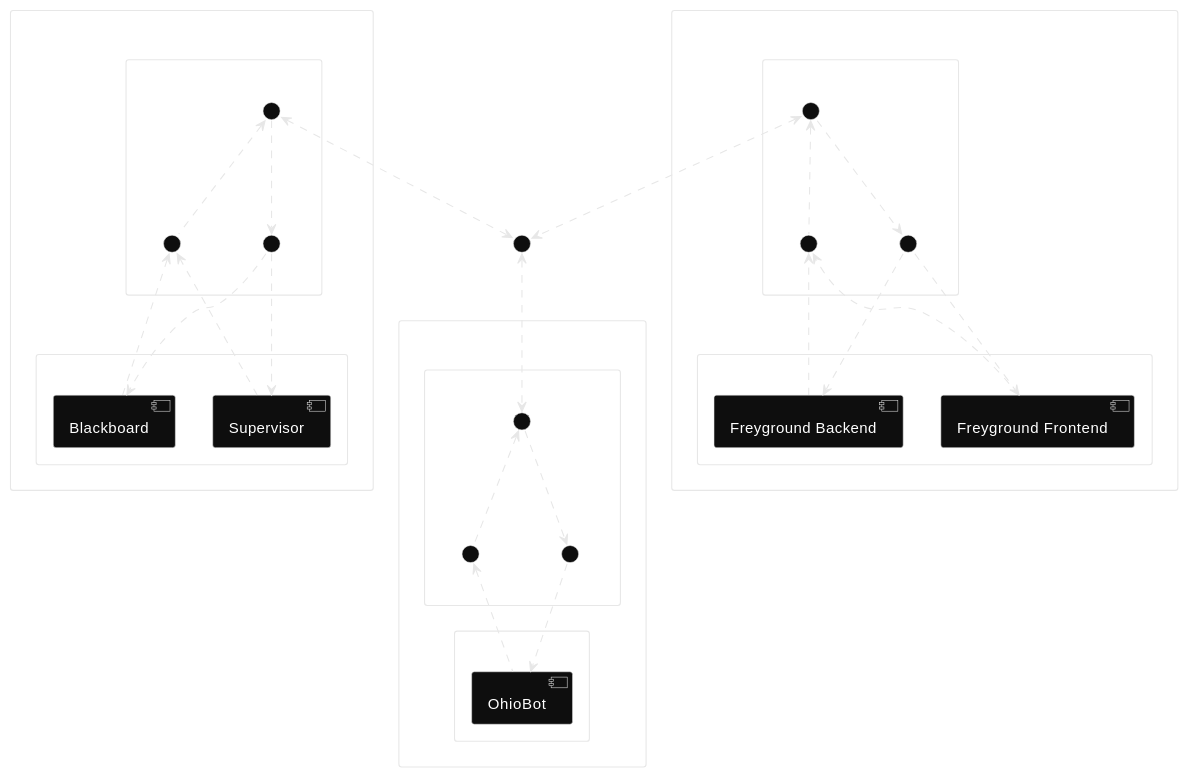
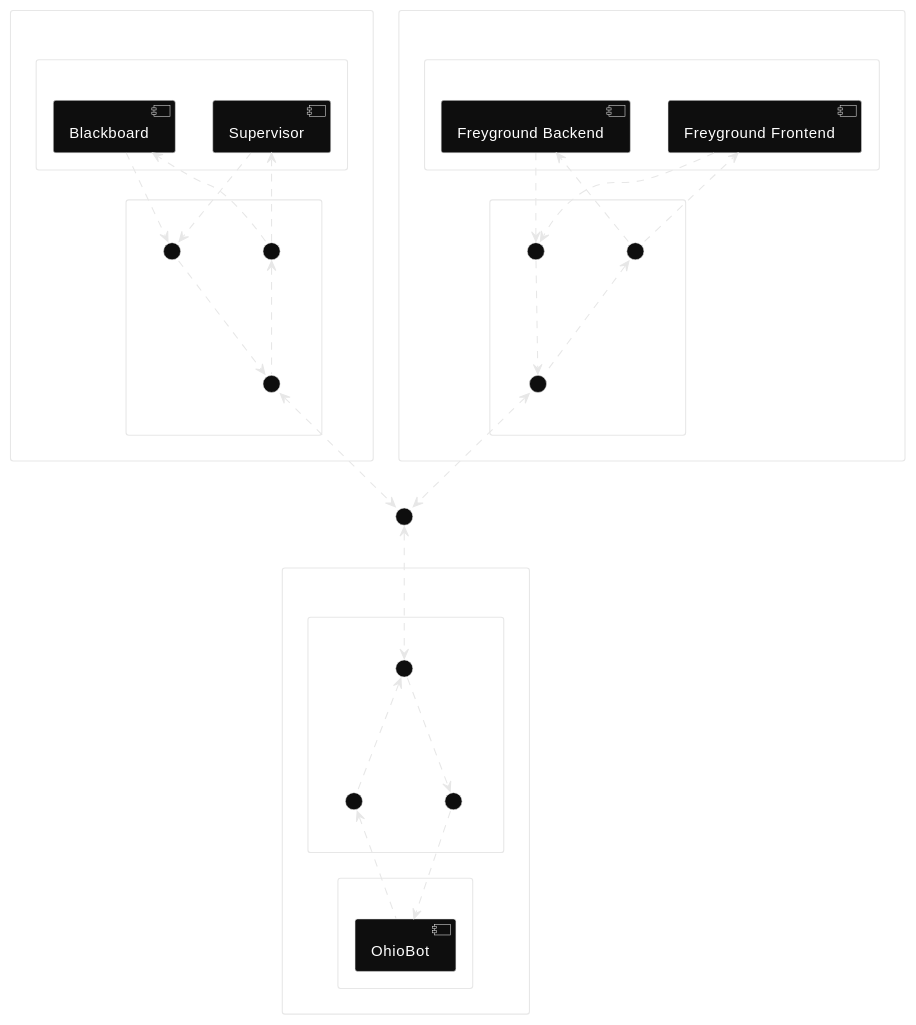
Before and after one commit to freylint/freyground: the diagram in docs/architecture.md, drawn with PlantUML. The commit also changed 1 other file, not shown here.

Commit message:
Rerrance high level architecture preview.

````diff
--- a/docs/architecture.md
+++ b/docs/architecture.md
@@ -3,68 +3,68 @@
 ```plantuml
 skinparam backgroundColor transparent
 skinparam monochrome reverse
 rectangle Runtime {
     rectangle "Runtime Apps" as rtapps {
         [Supervisor] as supervisor
         [Blackboard] as blackboard
     }
 
     rectangle {
         () "Input" as rtwsin
         () "Output" as rtwsout
         () "socket" as rtsock
 
-        rtwsin .u.> rtsock
-        rtsock .d.> rtwsout
+        rtwsin .d.> rtsock
+        rtsock .u.> rtwsout
     }
 
     supervisor ..> rtwsin
     rtwsout ..> supervisor
     blackboard ..> rtwsin
     rtwsout ..> blackboard
 }
 
 rectangle Website {
     rectangle "Website Apps" as fgapps {
         [Freyground Frontend] as frontend
         [Freyground Backend] as backend
     }
 
     rectangle {
         () "Input" as fgwsin
         () "Output" as fgwsout
         () "socket" as fgsock
 
-        fgwsin .u.> fgsock
-        fgsock .d.> fgwsout
+        fgwsin .d.> fgsock
+        fgsock .u.> fgwsout
     }
     frontend ..> fgwsin
     fgwsout ..> frontend
     backend ..> fgwsin
     fgwsout ..> backend
 }
 
 rectangle Applets {
     rectangle "Applet Apps" as apps {
         [OhioBot] as ohiobot
     }
 
     rectangle {
         () "Input" as appwsin
         () "Output" as appwsout
         () "socket" as appsock
 
         appwsin .u.> appsock
         appsock .d.> appwsout
     }
 
     ohiobot .u.> appwsin
     appwsout .d.> ohiobot
 }
 
 () "Standard Messaging Interface" as smi
 fgsock <.d.> smi
 rtsock <.d.> smi
 appsock <.u.> smi
 
 ```
````
